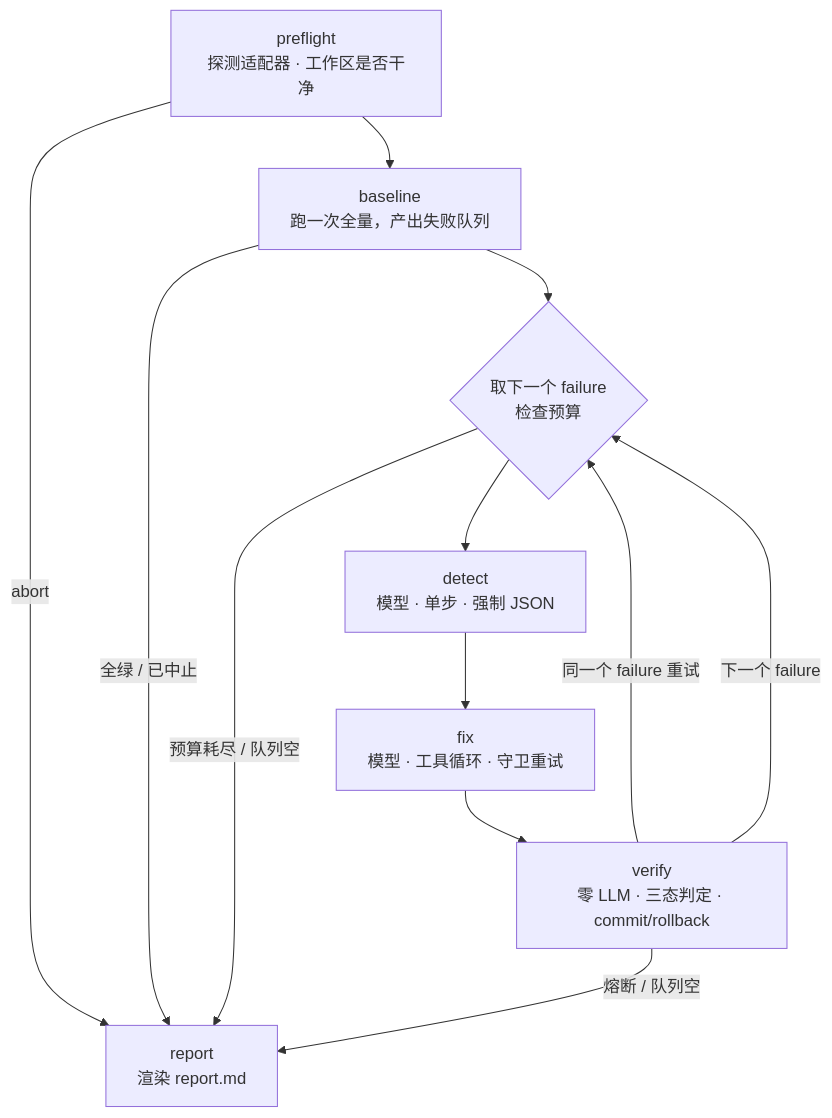
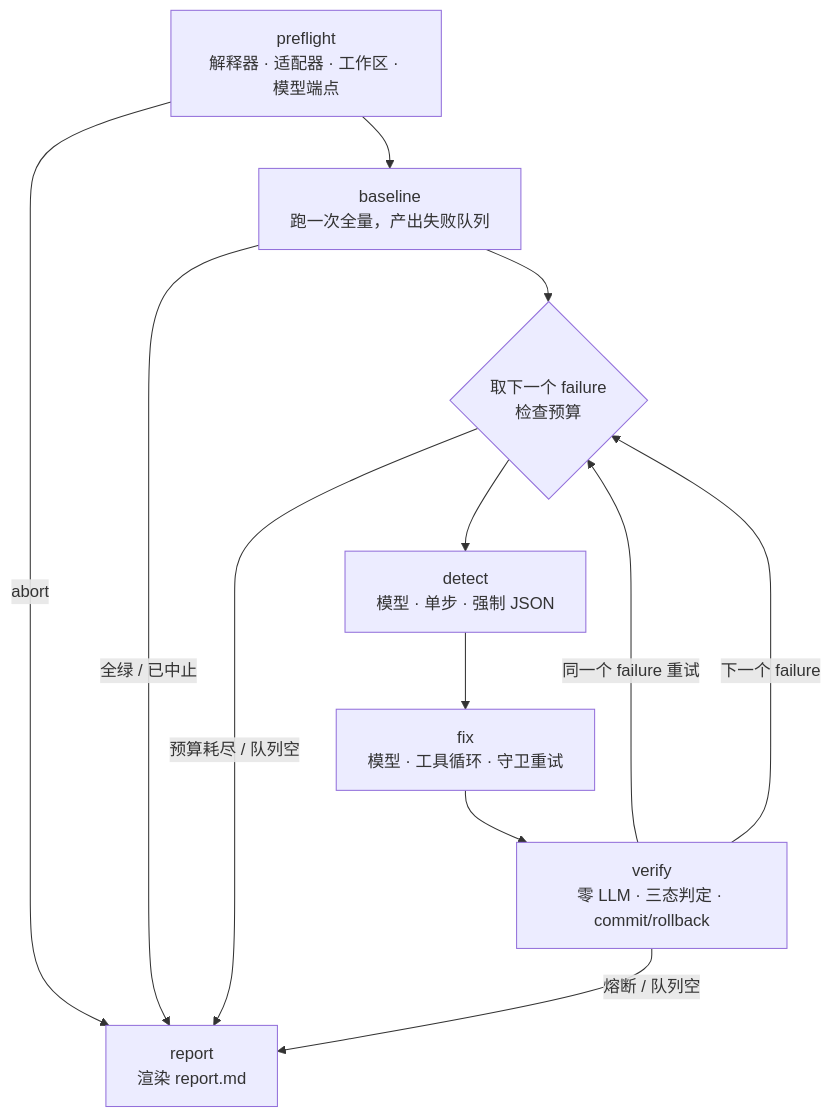
Before and after one commit to sumengnan/ai-fix-code-loop: the diagram in docs/architecture.md, drawn with Mermaid. The commit also changed other lines of this file and 4 other files, not shown here.

````diff
--- a/docs/architecture.md
+++ b/docs/architecture.md
@@ -25,14 +25,14 @@
 ```mermaid
 flowchart TD
-    P[preflight<br/>探测适配器 · 工作区是否干净] -->|abort| R
+    P[preflight<br/>解释器 · 适配器 · 工作区 · 模型端点] -->|abort| R
     P --> B[baseline<br/>跑一次全量，产出失败队列]
     B -->|全绿 / 已中止| R
     B --> T{取下一个 failure<br/>检查预算}
     T -->|预算耗尽 / 队列空| R
     T --> D[detect<br/>模型 · 单步 · 强制 JSON]
     D --> F[fix<br/>模型 · 工具循环 · 守卫重试]
     F --> V[verify<br/>零 LLM · 三态判定 · commit/rollback]
     V -->|同一个 failure 重试| T
     V -->|下一个 failure| T
     V -->|熔断 / 队列空| R[report<br/>渲染 report.md]
 ```
````
